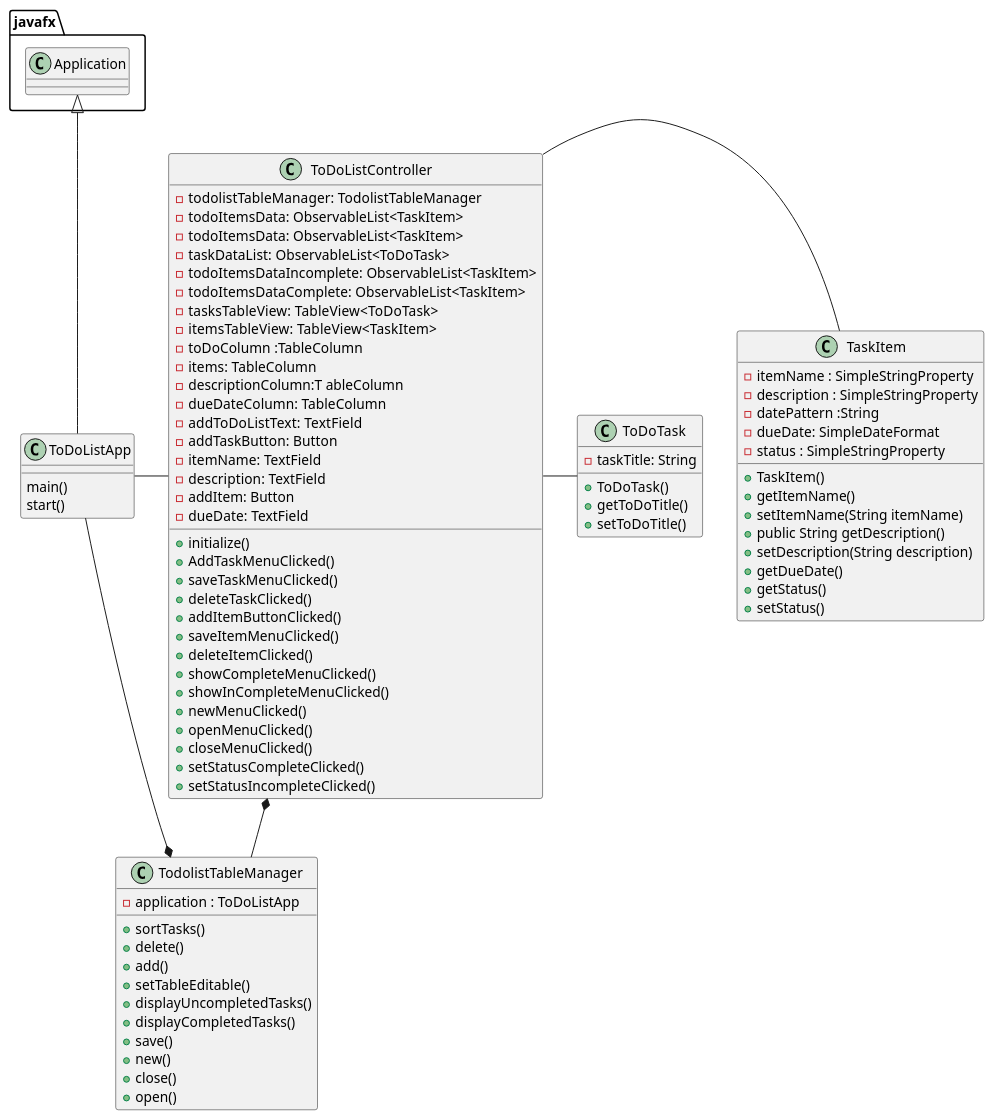
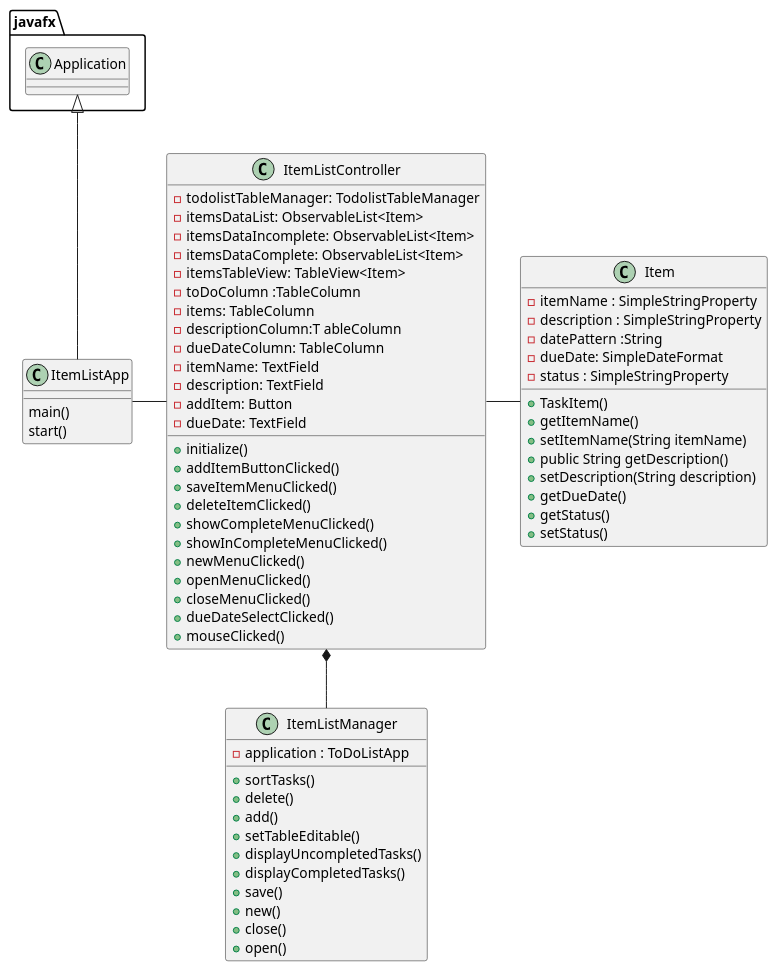
One commit to Asad006/Merouani-cop3330-assignment4part2 changed the diagram in Uml/TodoList.puml. Above: the diagram before and after it, drawn with PlantUML. The commit also changed 2 other files, not shown here.

Commit message:
editable date and description

```diff
--- a/Uml/TodoList.puml
+++ b/Uml/TodoList.puml
@@ -1,90 +1,75 @@
 @startuml
-class TodolistTableManager{
+class ItemListManager{
 - application : ToDoListApp
 + sortTasks()
 + delete()
 + add()
 + setTableEditable()
 + displayUncompletedTasks()
 + displayCompletedTasks()
 + save()
 + new()
 + close()
 + open()
 }
 
-class ToDoListController {
+class ItemListController {
     - todolistTableManager: TodolistTableManager
-    - todoItemsData: ObservableList<TaskItem>
-    - todoItemsData: ObservableList<TaskItem>
-    - taskDataList: ObservableList<ToDoTask>
-    - todoItemsDataIncomplete: ObservableList<TaskItem>
-    - todoItemsDataComplete: ObservableList<TaskItem>
-    - tasksTableView: TableView<ToDoTask>
-    - itemsTableView: TableView<TaskItem>
+    - itemsDataList: ObservableList<Item>
+    - itemsDataIncomplete: ObservableList<Item>
+    - itemsDataComplete: ObservableList<Item>
+    - itemsTableView: TableView<Item>
     - toDoColumn :TableColumn
     - items: TableColumn
     - descriptionColumn:T ableColumn
     - dueDateColumn: TableColumn
-    - addToDoListText: TextField
-    - addTaskButton: Button
     - itemName: TextField
     - description: TextField
     - addItem: Button
     - dueDate: TextField
 
- + initialize()
- + AddTaskMenuClicked()
- + saveTaskMenuClicked()
- + deleteTaskClicked()
- + addItemButtonClicked()
- + saveItemMenuClicked()
- + deleteItemClicked()
- + showCompleteMenuClicked()
- + showInCompleteMenuClicked()
- + newMenuClicked()
- + openMenuClicked()
- + closeMenuClicked()
- + setStatusCompleteClicked()
- + setStatusIncompleteClicked()
+     + initialize()
+     + addItemButtonClicked()
+     + saveItemMenuClicked()
+     + deleteItemClicked()
+     + showCompleteMenuClicked()
+     + showInCompleteMenuClicked()
+     + newMenuClicked()
+     + openMenuClicked()
+     + closeMenuClicked()
+     + dueDateSelectClicked()
+     + mouseClicked()
 
 
 
 
 }
 
-class ToDoTask{
-- taskTitle: String
-+ ToDoTask()
-+ getToDoTitle()
-+ setToDoTitle()
-}
-
-class TaskItem{
+class Item{
     -  itemName : SimpleStringProperty
     -  description : SimpleStringProperty
     -  datePattern :String
     -  dueDate: SimpleDateFormat
     -  status : SimpleStringProperty
-+ TaskItem()
-+ getItemName()
-+ setItemName(String itemName)
-+ public String getDescription()
-+ setDescription(String description)
-+ getDueDate()
-+ getStatus()
-+ setStatus()
+    + TaskItem()
+    + getItemName()
+    + setItemName(String itemName)
+    + public String getDescription()
+    + setDescription(String description)
+    + getDueDate()
+    + getStatus()
+    + setStatus()
 
 }
-class ToDoListApp{
-main()
-start()
+
+class ItemListApp{
+    main()
+    start()
 }
 
-javafx.Application <|-- ToDoListApp
-ToDoListApp - ToDoListController
-ToDoListController - TaskItem
-ToDoListController - ToDoTask
-ToDoListController *-- TodolistTableManager
-TodolistTableManager *-- ToDoListApp
+javafx.Application <|-- ItemListApp
+ItemListApp-ItemListController
+ItemListController - Item
+ItemListController *-- ItemListManager
+
 @enduml
```
